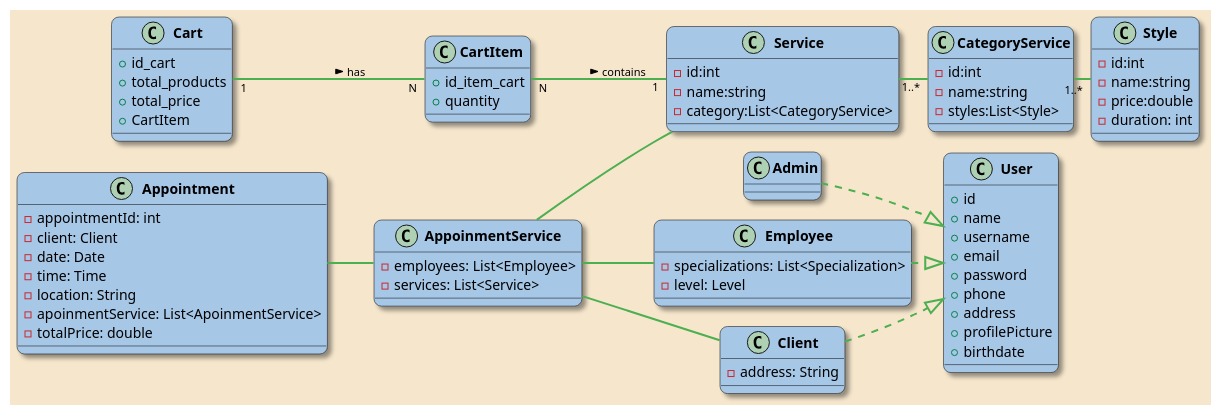
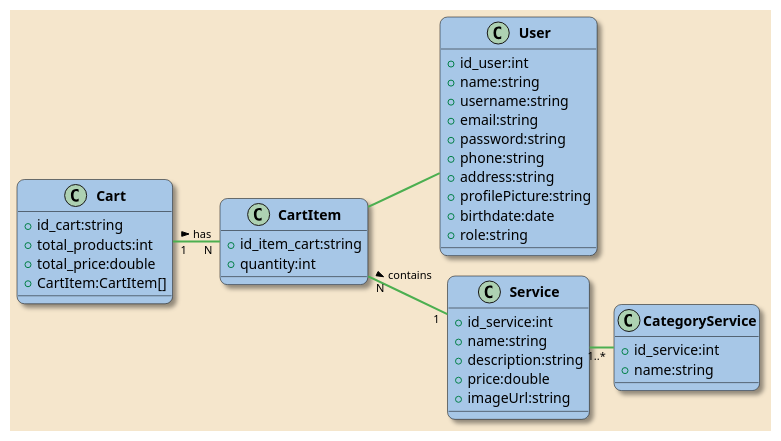
Before and after one commit to retoquesexpress/tienda-back: the diagram in src/public/tiendaBack.puml, drawn with PlantUML. The commit also changed 5 other files, not shown here.

```diff
--- a/src/public/tiendaBack.puml
+++ b/src/public/tiendaBack.puml
@@ -1,130 +1,71 @@
 @startuml
 'Direccion of the diagram'
 left to right direction
 'Used style'
 skinparam backgroundColor #F5E6CC
 'Classes'
 skinparam classBackgroundColor #A7C7E7
 skinparam classBorderColor #000000
 skinparam shadowing true
 skinparam roundcorner 15
 'Titles'
 skinparam classFontColor #000000
 skinparam classFontStyle bold
 'Relationships'
 skinparam classArrowColor #4CAF50
 skinparam classArrowThickness 2
 skinparam classArrowFontColor black
 skinparam classArrowFontSize 11
 skinparam nodesep 20
 skinparam ranksep 5
 
 class Cart{
-    +id_cart
-    +total_products
-    +total_price
-    +CartItem
+    +id_cart:string
+    +total_products:int
+    +total_price:double
+    +CartItem:CartItem[]
 }
 
 class CartItem{
-    +id_item_cart
-    +quantity
+    +id_item_cart:string
+    +quantity:int
 }
 
-'class Product{
-'    +id_product
-'    +name
-'    +product_description
-'    +price
-'    +discountedPrice
-'    +pictureProduct
-'    +CartItem
-'}
-
-'class ProductCategory{
-'    +id_category
-'    +name
-'    +description
-'}
-
-
 class User {
-    +id
-    +name
-    +username
-    +email
-    +password
-    +phone
-    +address
-    +profilePicture
-    +birthdate
-}
-
-class Employee {
-    -specializations: List<Specialization>
-    -level: Level
-}
-class Client {
-    -address: String
-}
-class Admin {
-
+    +id_user:int
+    +name:string
+    +username:string
+    +email:string
+    +password:string
+    +phone:string
+    +address:string
+    +profilePicture:string
+    +birthdate:date
+    +role:string
 }
 
 class Service{
-    -id:int
-    -name:string
-    -category:List<CategoryService>
+    +id_service:int
+    +name:string
+    +description:string
+    +price:double
+    +imageUrl:string
 }
 
 class CategoryService{
-    -id:int
-    -name:string
-    -styles:List<Style>
+    +id_service:int
+    +name:string
 }
-class Style{
-    -id:int
-    -name:string
-    -price:double
-    -duration: int
-}
-
-class Appointment {
-    -appointmentId: int
-    -client: Client
-    -date: Date
-    -time: Time
-    -location: String
-    -apoinmentService: List<ApoinmentService>
-    -totalPrice: double
-}
-
-class AppoinmentService{
-    -employees: List<Employee>
-    -services: List<Service>
-}
-
-
-
 
 
 
 
 Cart "1" -- "N" CartItem : has >
 CartItem "N" -- "1" Service : contains >
-'Product "N" -- "N" ProductCategory : relates >
 
 Service -- "1..*" CategoryService
-CategoryService -- "1..*" Style
 
-Employee ..|> User
-Client ..|> User
-Admin ..|> User
-
-Appointment -- AppoinmentService
-AppoinmentService -- Service
-AppoinmentService -- Employee
-AppoinmentService -- Client
+CartItem -- User
 
 
 @enduml
```
